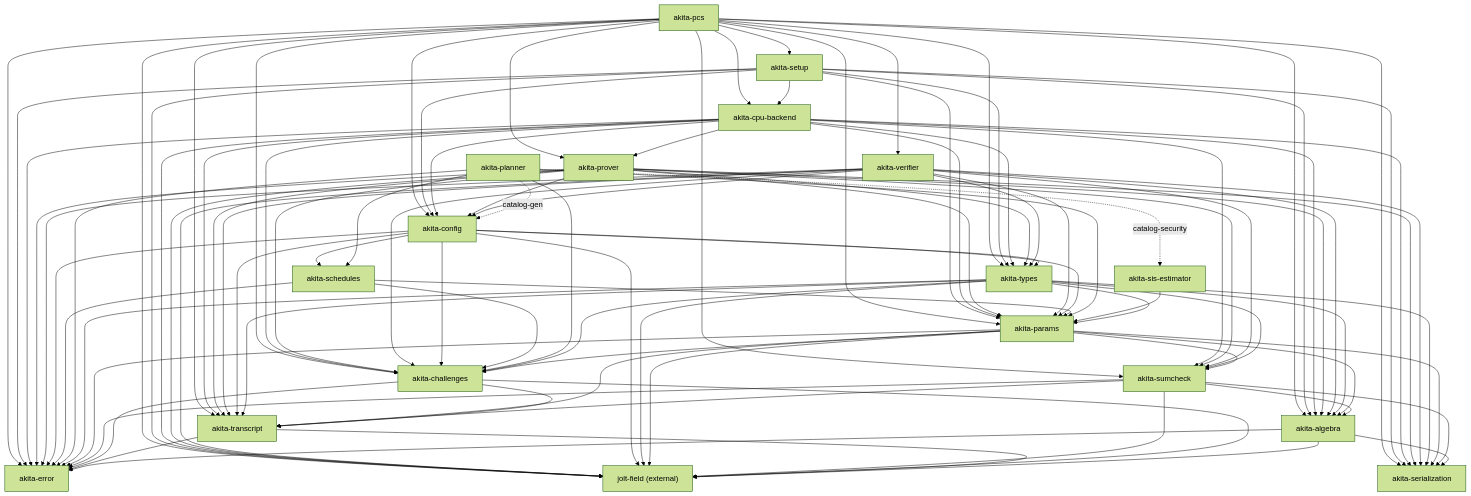
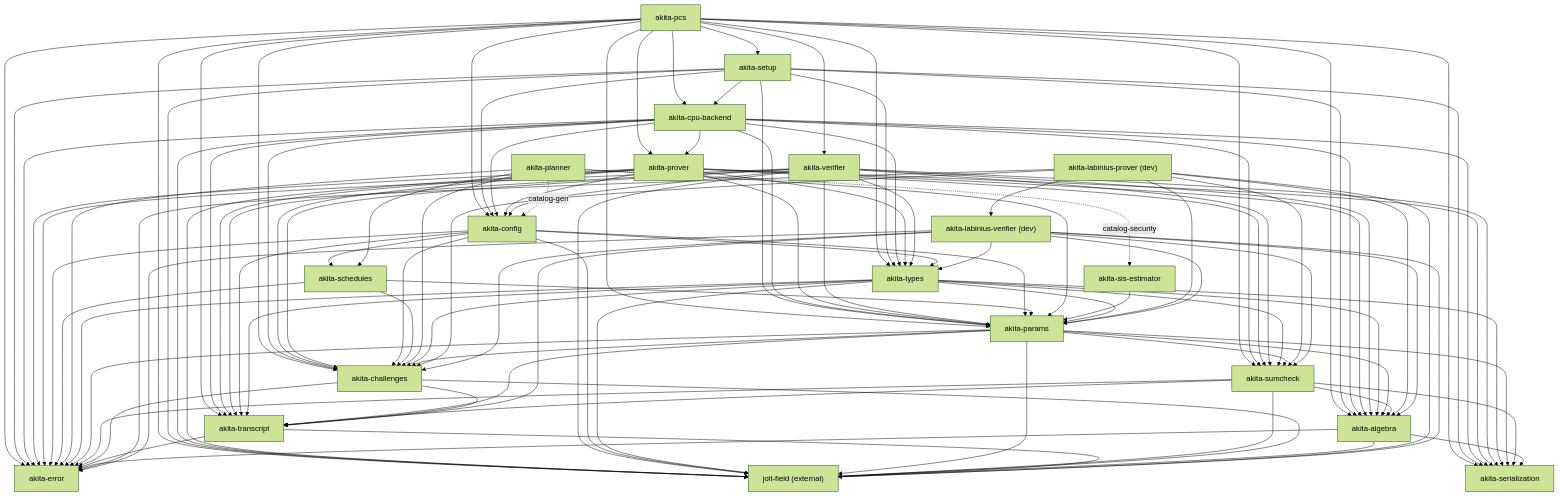
The diagram in docs/crate-graph.md (Acentelles/akita-lz), drawn with Mermaid (forest theme) before and after one commit. The commit also changed other lines of this file and 62 other files, not shown here.

```diff
--- a/docs/crate-graph.md
+++ b/docs/crate-graph.md
@@ -56,6 +58,24 @@
   Cpu["akita-cpu-backend"]
   Setup["akita-setup"]
   Pcs["akita-pcs"]
+  LabiniusVerifier["akita-labinius-verifier (dev)"]
+  LabiniusProver["akita-labinius-prover (dev)"]
+
+  LabiniusVerifier --> Algebra
+  LabiniusVerifier --> Error
+  LabiniusVerifier --> Sumcheck
+  LabiniusVerifier --> Challenges
+  LabiniusVerifier --> Params
+  LabiniusVerifier --> Types
+  LabiniusVerifier --> Transcript
+  LabiniusVerifier --> Field
+  LabiniusProver --> LabiniusVerifier
+  LabiniusProver --> Algebra
+  LabiniusProver --> Error
+  LabiniusProver --> Sumcheck
+  LabiniusProver --> Challenges
+  LabiniusProver --> Params
+  LabiniusProver --> Field
 
   Algebra --> Error
   Algebra --> Field
```
